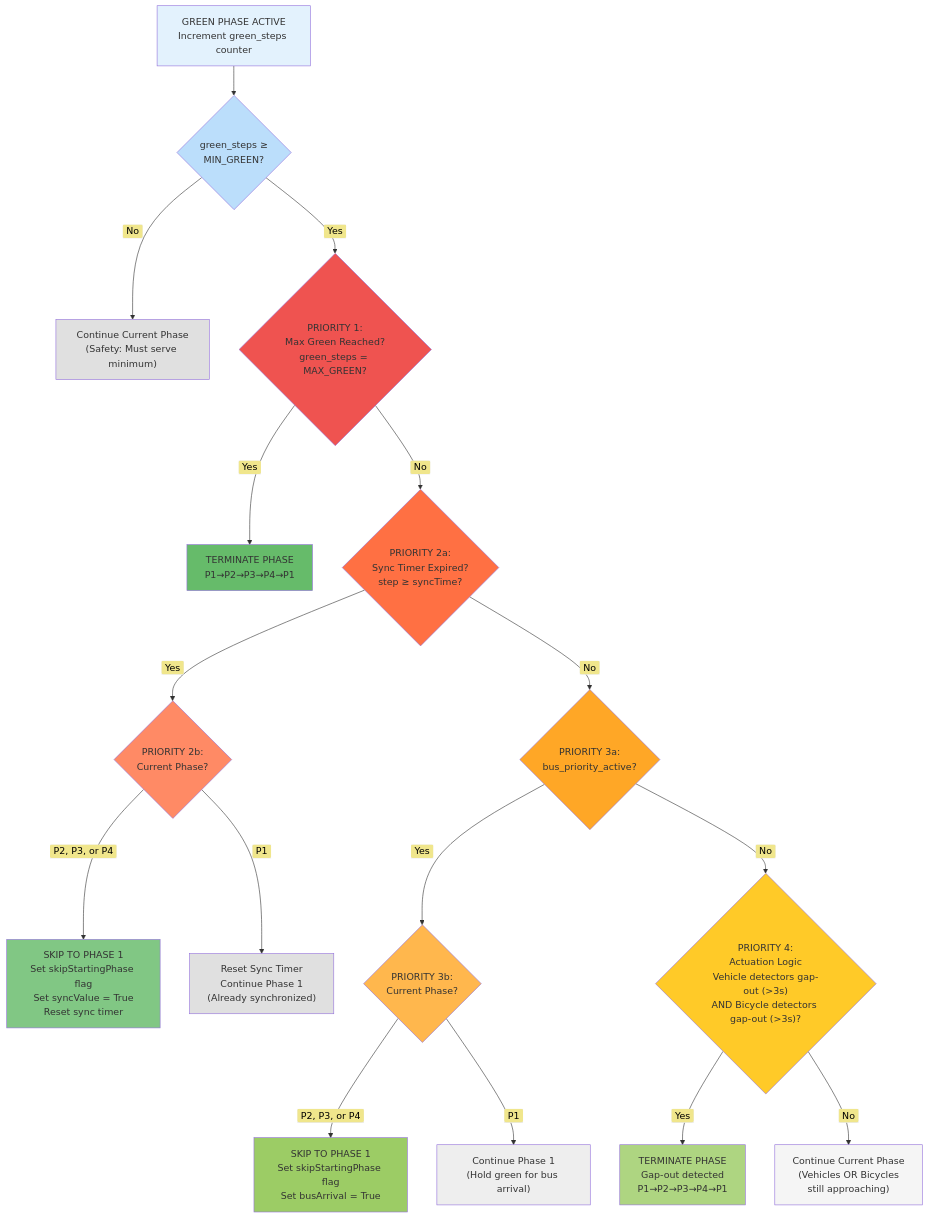
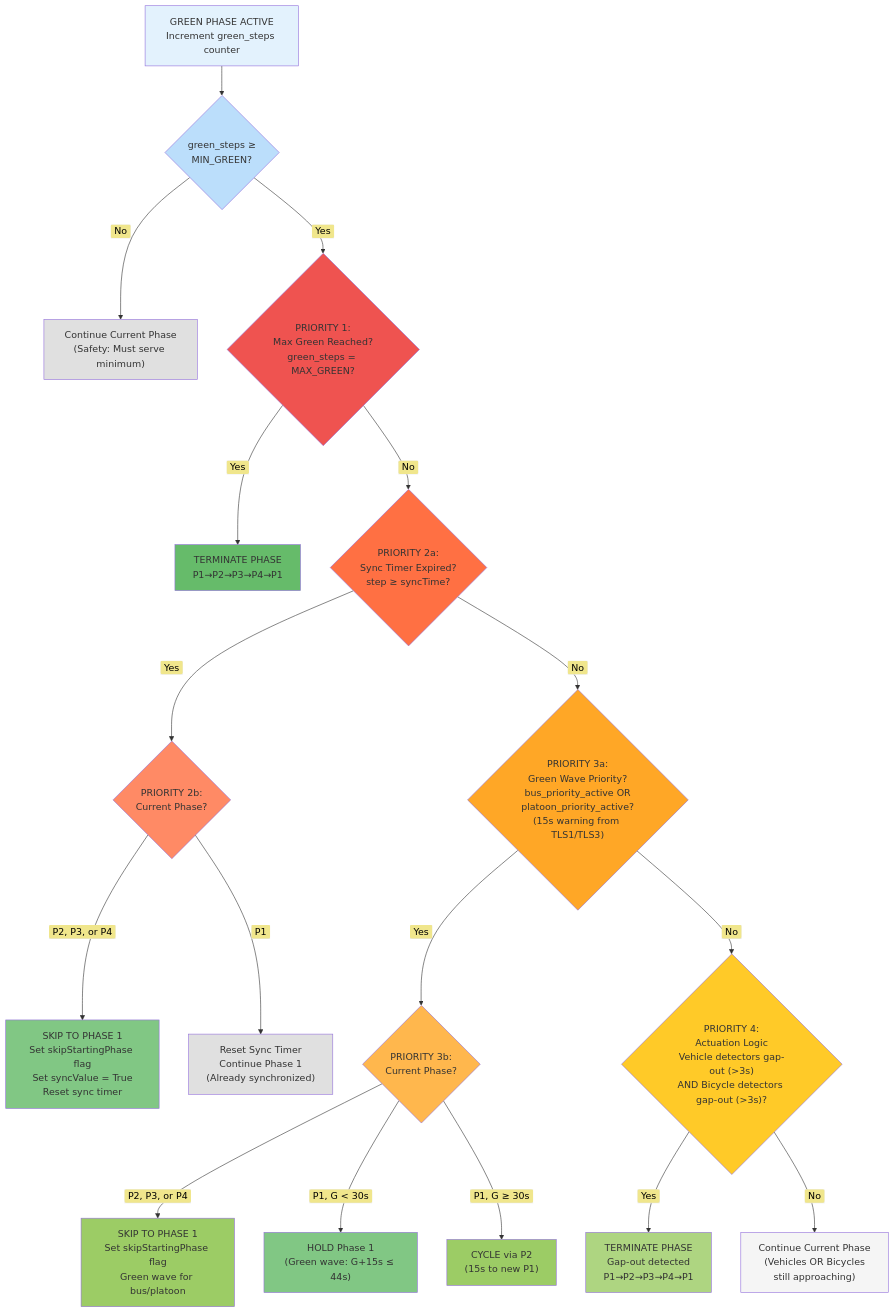
One commit to Chaklader/SignalSyncPro changed the third of 4 diagrams in papers/Rule_Based_Control_DEV.md. Above: the diagram before and after it, drawn with Mermaid. The commit also changed other lines of this file, not shown here.

````diff
--- a/papers/Rule_Based_Control_DEV.md
+++ b/papers/Rule_Based_Control_DEV.md
@@ -464,49 +468,52 @@
 ```mermaid
 flowchart TD
     GreenStart["GREEN PHASE ACTIVE<br>Increment green_steps counter"] --> MinGreenCheck{"green_steps ≥<br>MIN_GREEN?"}
 
     MinGreenCheck -->|<span style='background-color:khaki; color:black; padding:2px 6px; border-radius:3px'>No</span>| Continue0["Continue Current Phase<br>(Safety: Must serve minimum)"]
 
     MinGreenCheck -->|<span style='background-color:khaki; color:black; padding:2px 6px; border-radius:3px'>Yes</span>| Priority1{"PRIORITY 1:<br>Max Green Reached?<br>green_steps = MAX_GREEN?"}
 
     Priority1 -->|<span style='background-color:khaki; color:black; padding:2px 6px; border-radius:3px'>Yes</span>| Action1["TERMINATE PHASE<br>P1→P2→P3→P4→P1"]
 
     Priority1 -->|<span style='background-color:khaki; color:black; padding:2px 6px; border-radius:3px'>No</span>| Priority2a{"PRIORITY 2a:<br>Sync Timer Expired?<br>step ≥ syncTime?"}
 
     Priority2a -->|<span style='background-color:khaki; color:black; padding:2px 6px; border-radius:3px'>Yes</span>| Priority2b{"PRIORITY 2b:<br>Current Phase?"}
 
     Priority2b -->|<span style='background-color:khaki; color:black; padding:2px 6px; border-radius:3px'>P2, P3, or P4</span>| Action2["SKIP TO PHASE 1<br>Set skipStartingPhase flag<br>Set syncValue = True<br>Reset sync timer"]
 
     Priority2b -->|<span style='background-color:khaki; color:black; padding:2px 6px; border-radius:3px'>P1</span>| ContinueSync["Reset Sync Timer<br>Continue Phase 1<br>(Already synchronized)"]
 
-    Priority2a -->|<span style='background-color:khaki; color:black; padding:2px 6px; border-radius:3px'>No</span>| Priority3a{"PRIORITY 3a:<br>bus_priority_active?"}
+    Priority2a -->|<span style='background-color:khaki; color:black; padding:2px 6px; border-radius:3px'>No</span>| Priority3a{"PRIORITY 3a:<br>Green Wave Priority?<br>bus_priority_active OR<br>platoon_priority_active?<br>(15s warning from TLS1/TLS3)"}
 
     Priority3a -->|<span style='background-color:khaki; color:black; padding:2px 6px; border-radius:3px'>Yes</span>| Priority3b{"PRIORITY 3b:<br>Current Phase?"}
 
-    Priority3b -->|<span style='background-color:khaki; color:black; padding:2px 6px; border-radius:3px'>P2, P3, or P4</span>| Action3["SKIP TO PHASE 1<br>Set skipStartingPhase flag<br>Set busArrival = True"]
+    Priority3b -->|<span style='background-color:khaki; color:black; padding:2px 6px; border-radius:3px'>P2, P3, or P4</span>| Action3["SKIP TO PHASE 1<br>Set skipStartingPhase flag<br>Green wave for bus/platoon"]
 
-    Priority3b -->|<span style='background-color:khaki; color:black; padding:2px 6px; border-radius:3px'>P1</span>| ContinueP1["Continue Phase 1<br>(Hold green for bus arrival)"]
+    Priority3b -->|<span style='background-color:khaki; color:black; padding:2px 6px; border-radius:3px'>P1, G < 30s</span>| ContinueP1["HOLD Phase 1<br>(Green wave: G+15s ≤ 44s)"]
+
+    Priority3b -->|<span style='background-color:khaki; color:black; padding:2px 6px; border-radius:3px'>P1, G ≥ 30s</span>| CycleP1["CYCLE via P2<br>(15s to new P1)"]
 
     Priority3a -->|<span style='background-color:khaki; color:black; padding:2px 6px; border-radius:3px'>No</span>| Priority4{"PRIORITY 4:<br>Actuation Logic<br>Vehicle detectors gap-out (>3s)<br>AND Bicycle detectors gap-out (>3s)?"}
 
     Priority4 -->|<span style='background-color:khaki; color:black; padding:2px 6px; border-radius:3px'>Yes</span>| Action4["TERMINATE PHASE<br>Gap-out detected<br>P1→P2→P3→P4→P1"]
 
     Priority4 -->|<span style='background-color:khaki; color:black; padding:2px 6px; border-radius:3px'>No</span>| Continue2["Continue Current Phase<br>(Vehicles OR Bicycles<br>still approaching)"]
 
     style GreenStart fill:#E3F2FD
     style MinGreenCheck fill:#BBDEFB
     style Priority1 fill:#EF5350
     style Priority2a fill:#FF7043
     style Priority2b fill:#FF8A65
     style Priority3a fill:#FFA726
     style Priority3b fill:#FFB74D
     style Priority4 fill:#FFCA28
     style Action1 fill:#66BB6A
     style Action2 fill:#81C784
     style Action3 fill:#9CCC65
     style Action4 fill:#AED581
     style ContinueSync fill:#E0E0E0
-    style ContinueP1 fill:#EEEEEE
+    style ContinueP1 fill:#81C784
+    style CycleP1 fill:#9CCC65
     style Continue0 fill:#E0E0E0
     style Continue2 fill:#F5F5F5
 ```
````
